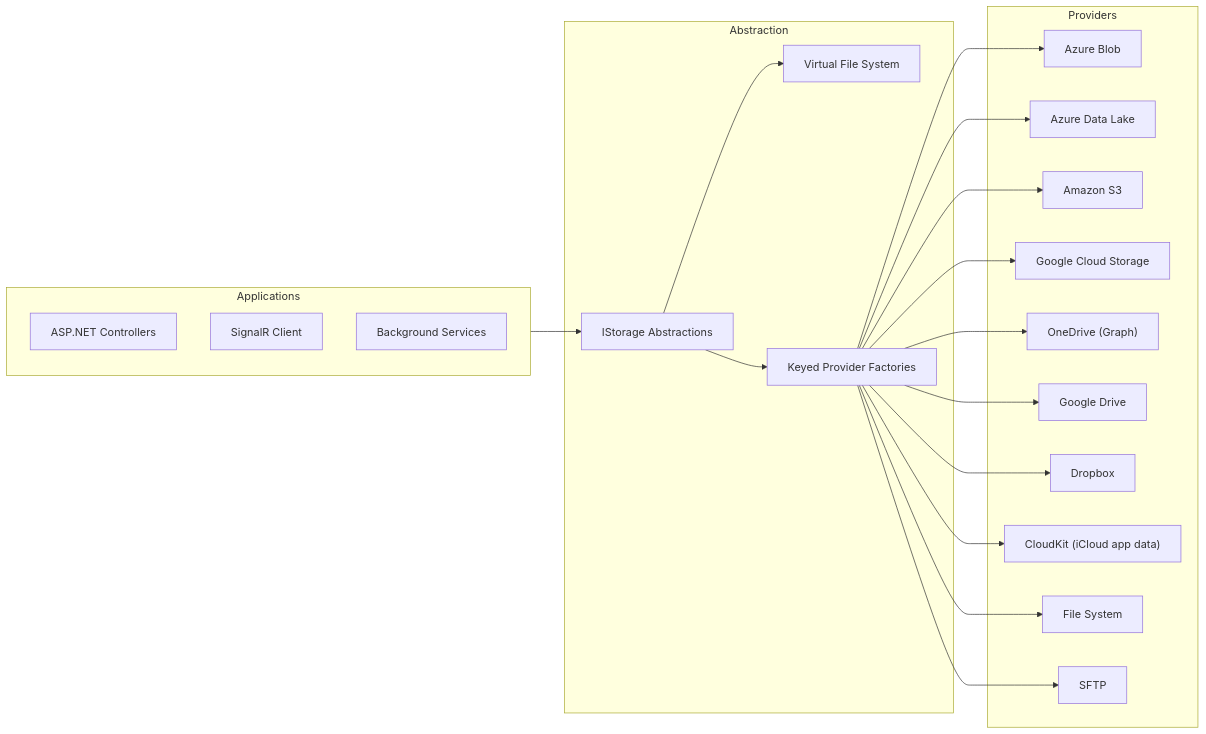
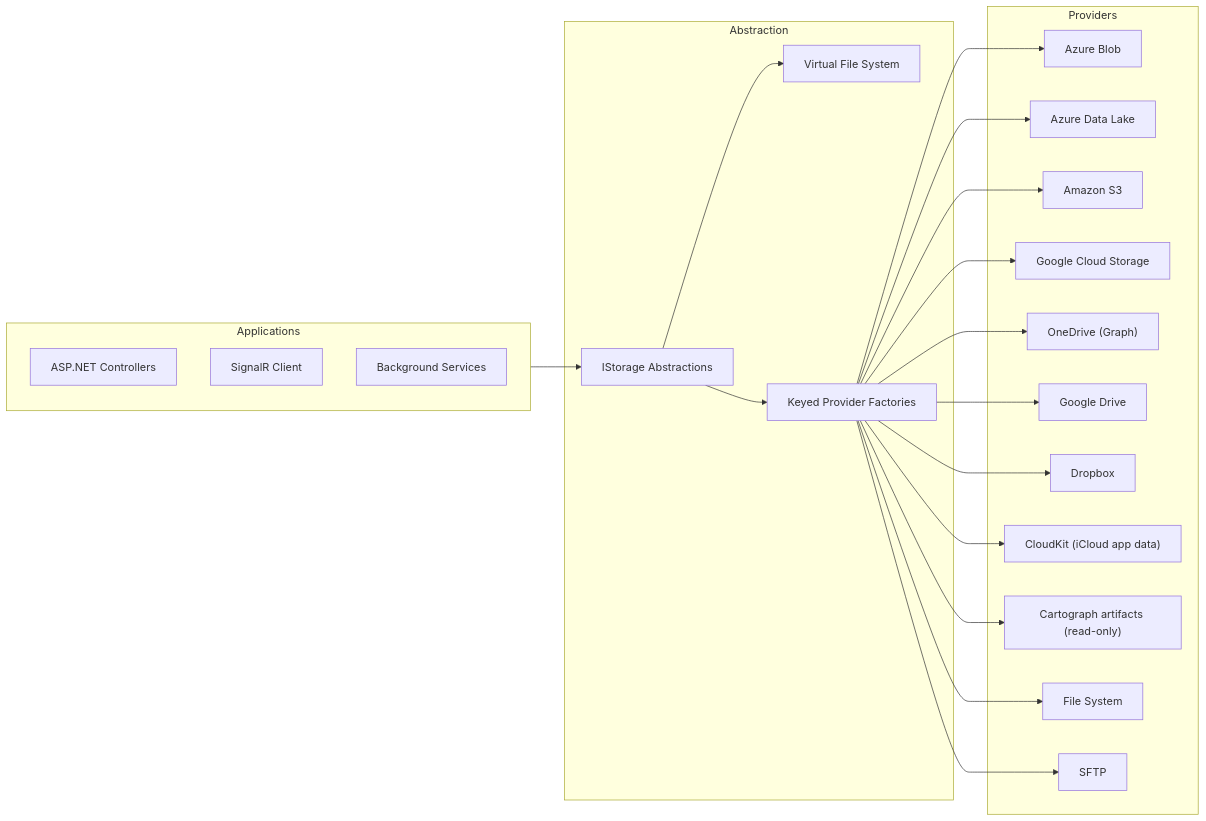
Before and after one commit to managedcode/Storage: the first of 2 diagrams in README.md, drawn with Mermaid. The commit also changed other lines of this file and 28 other files, not shown here.

````diff
--- a/README.md
+++ b/README.md
@@ -398,41 +432,43 @@
 ```mermaid
 flowchart LR
     subgraph Applications
         API["ASP.NET Controllers"]
         SignalRClient["SignalR Client"]
         Workers["Background Services"]
     end
 
     subgraph Abstraction
         Core["IStorage Abstractions"]
         VFS["Virtual File System"]
         Factories["Keyed Provider Factories"]
     end
 
     subgraph Providers
         Azure["Azure Blob"]
         AzureDL["Azure Data Lake"]
         Aws["Amazon S3"]
         Gcp["Google Cloud Storage"]
         OneDrive["OneDrive (Graph)"]
         GoogleDrive["Google Drive"]
         Dropbox["Dropbox"]
         CloudKit["CloudKit (iCloud app data)"]
+        Cartograph["Cartograph artifacts (read-only)"]
         Fs["File System"]
         Sftp["SFTP"]
     end
 
     Applications --> Core
     Core --> VFS
     Core --> Factories
     Factories --> Azure
     Factories --> AzureDL
     Factories --> Aws
     Factories --> Gcp
     Factories --> OneDrive
     Factories --> GoogleDrive
     Factories --> Dropbox
     Factories --> CloudKit
+    Factories --> Cartograph
     Factories --> Fs
     Factories --> Sftp
 ```
````
